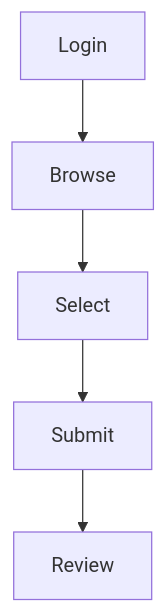
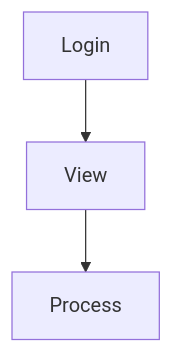
The diagram in Stage1_Mermaid_Generation/diagrams/user_journey.mmd (Rohith-Rathan/ftdm-knowledge-base), drawn with Mermaid before and after one commit. The commit also changed 6 other files, not shown here.

First line of the commit message:
Add iterative refinement system for Mermaid diagrams

```diff
--- a/Stage1_Mermaid_Generation/diagrams/user_journey.mmd
+++ b/Stage1_Mermaid_Generation/diagrams/user_journey.mmd
@@ -1,6 +1,4 @@
 graph TD
     A[Login]
-    A --> B[Browse]
-    B --> C[Select]
-    C --> D[Submit]
-    D --> E[Review]
+    A --> B[View]
+    B --> C[Process]
```
